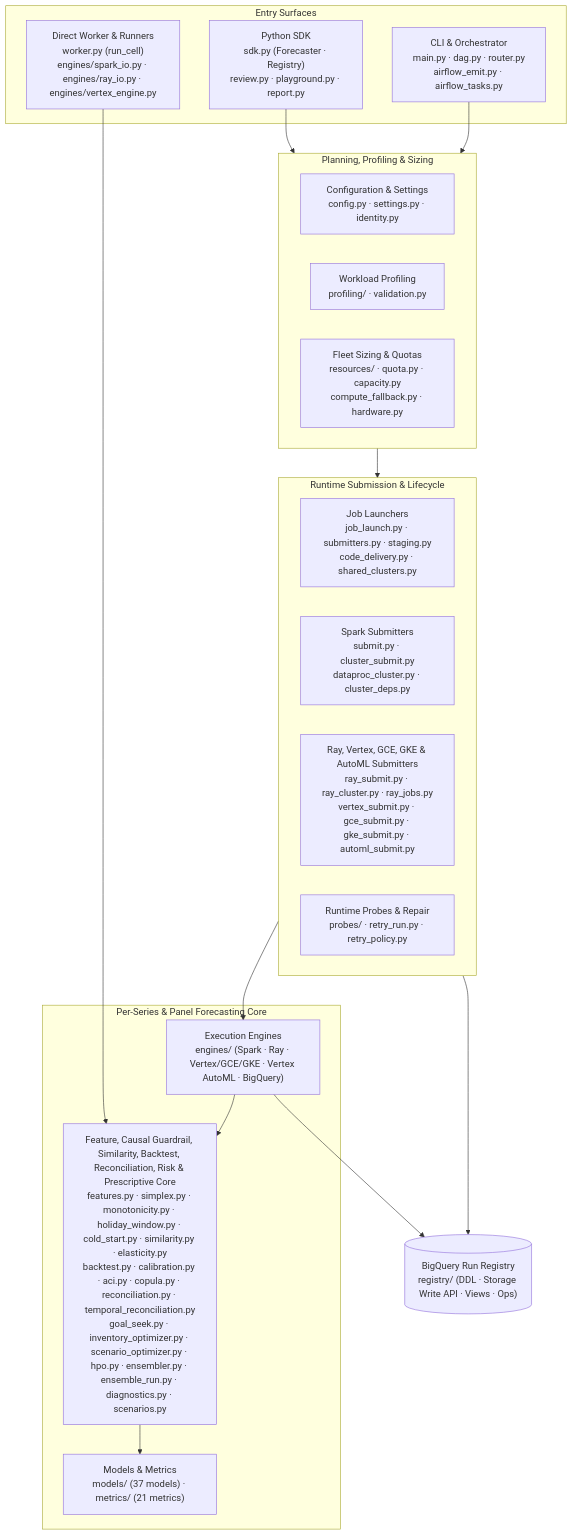
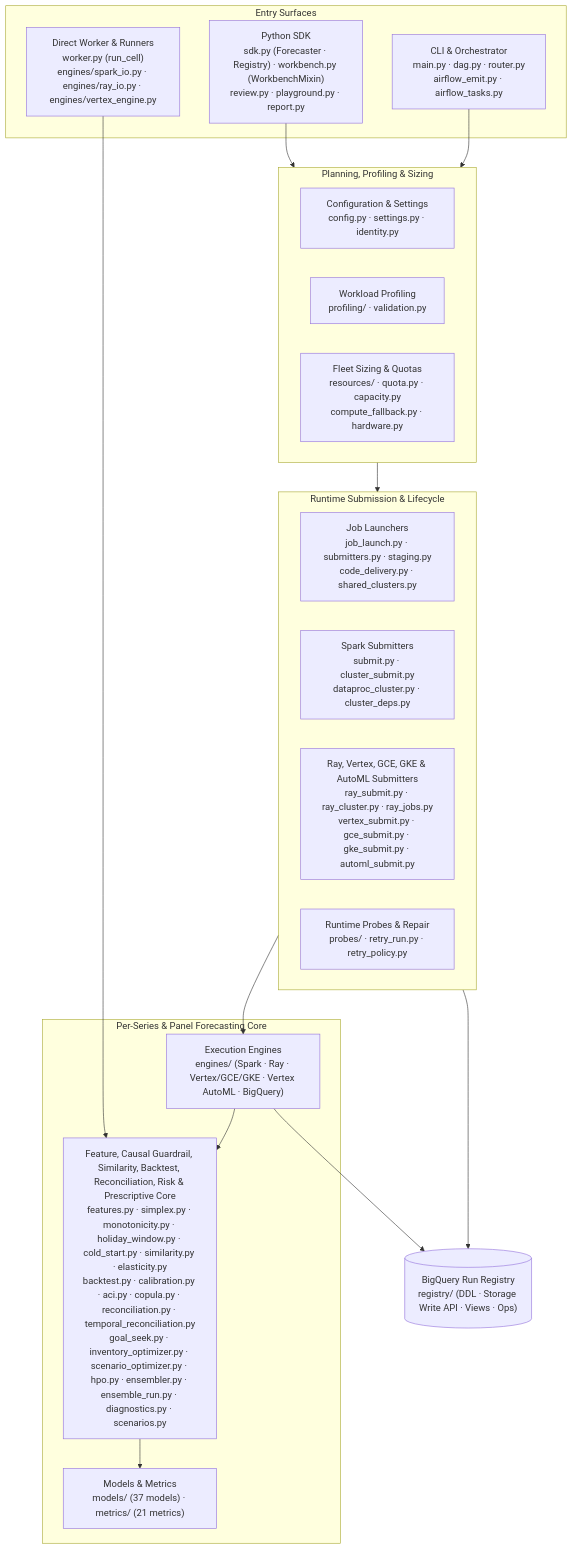
One commit to statmike/scale-forecasting changed the diagram in src/scale_forecasting/README.md. Above: the diagram before and after it, drawn with Mermaid. The commit also changed other lines of this file and 85 other files, not shown here.

Commit message:
feat(track-f2): Enterprise Hardening, Anti-Workaround AST Charter, WorkbenchMixin & 100k Canopy Torture Suite (v1.8.2)

````diff
--- a/src/scale_forecasting/README.md
+++ b/src/scale_forecasting/README.md
@@ -7,36 +7,36 @@
 ```mermaid
 flowchart TB
     subgraph entry["Entry Surfaces"]
-        sdk["Python SDK<br/>sdk.py (Forecaster · Registry)<br/>review.py · playground.py · report.py"]
+        sdk["Python SDK<br/>sdk.py (Forecaster · Registry) · workbench.py (WorkbenchMixin)<br/>review.py · playground.py · report.py"]
         cli["CLI & Orchestrator<br/>main.py · dag.py · router.py<br/>airflow_emit.py · airflow_tasks.py"]
         direct["Direct Worker & Runners<br/>worker.py (run_cell)<br/>engines/spark_io.py · engines/ray_io.py · engines/vertex_engine.py"]
     end
 
     subgraph plan["Planning, Profiling & Sizing"]
         cfg["Configuration & Settings<br/>config.py · settings.py · identity.py"]
         prof["Workload Profiling<br/>profiling/ · validation.py"]
         res["Fleet Sizing & Quotas<br/>resources/ · quota.py · capacity.py<br/>compute_fallback.py · hardware.py"]
     end
 
     subgraph submit["Runtime Submission & Lifecycle"]
         sub["Job Launchers<br/>job_launch.py · submitters.py · staging.py<br/>code_delivery.py · shared_clusters.py"]
         spark_sub["Spark Submitters<br/>submit.py · cluster_submit.py<br/>dataproc_cluster.py · cluster_deps.py"]
         ray_sub["Ray, Vertex, GCE, GKE & AutoML Submitters<br/>ray_submit.py · ray_cluster.py · ray_jobs.py<br/>vertex_submit.py · gce_submit.py · gke_submit.py · automl_submit.py"]
         probes["Runtime Probes & Repair<br/>probes/ · retry_run.py · retry_policy.py"]
     end
 
     subgraph core["Per-Series & Panel Forecasting Core"]
         eng["Execution Engines<br/>engines/ (Spark · Ray · Vertex/GCE/GKE · Vertex AutoML · BigQuery)"]
         wf["Feature, Causal Guardrail, Similarity, Backtest, Reconciliation, Risk & Prescriptive Core<br/>features.py · simplex.py · monotonicity.py · holiday_window.py · cold_start.py · similarity.py · elasticity.py<br/>backtest.py · calibration.py · aci.py · copula.py · reconciliation.py · temporal_reconciliation.py<br/>goal_seek.py · inventory_optimizer.py · scenario_optimizer.py · hpo.py · ensembler.py · ensemble_run.py · diagnostics.py · scenarios.py"]
         mod["Models & Metrics<br/>models/ (37 models) · metrics/ (21 metrics)"]
     end
 
     reg[("BigQuery Run Registry<br/>registry/ (DDL · Storage Write API · Views · Ops)")]
 
     sdk & cli --> plan
     plan --> submit
     submit --> eng
     direct --> wf
     eng --> wf --> mod
     eng & submit --> reg
 ```
````
